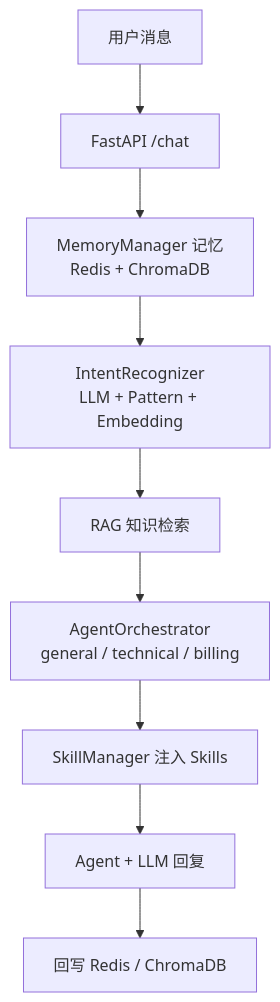
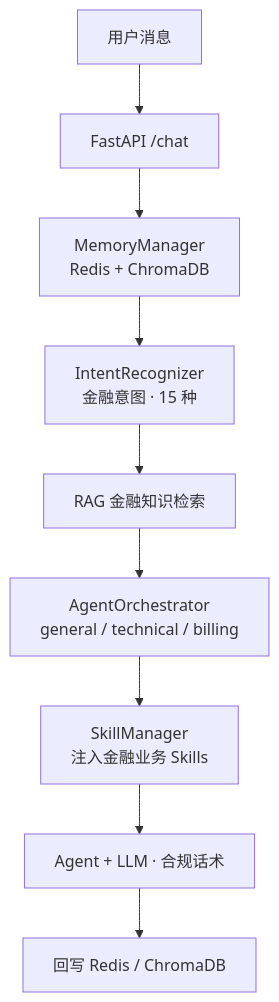
Before and after one commit to dlkpon1101-Yongo/Navio: the diagram in README.md, drawn with Mermaid. The commit also changed other lines of this file and 1 other file, not shown here.

````diff
--- a/README.md
+++ b/README.md
@@ -124,11 +131,11 @@
 ```mermaid
 flowchart TD
     A[用户消息] --> B[FastAPI /chat]
-    B --> C[MemoryManager 记忆<br/>Redis + ChromaDB]
-    C --> D[IntentRecognizer<br/>LLM + Pattern + Embedding]
-    D --> E[RAG 知识检索]
+    B --> C[MemoryManager<br/>Redis + ChromaDB]
+    C --> D[IntentRecognizer<br/>金融意图 · 15 种]
+    D --> E[RAG 金融知识检索]
     E --> F[AgentOrchestrator<br/>general / technical / billing]
-    F --> G[SkillManager 注入 Skills]
-    G --> H[Agent + LLM 回复]
+    F --> G[SkillManager<br/>注入金融业务 Skills]
+    G --> H[Agent + LLM · 合规话术]
     H --> I[回写 Redis / ChromaDB]
 ```
````
